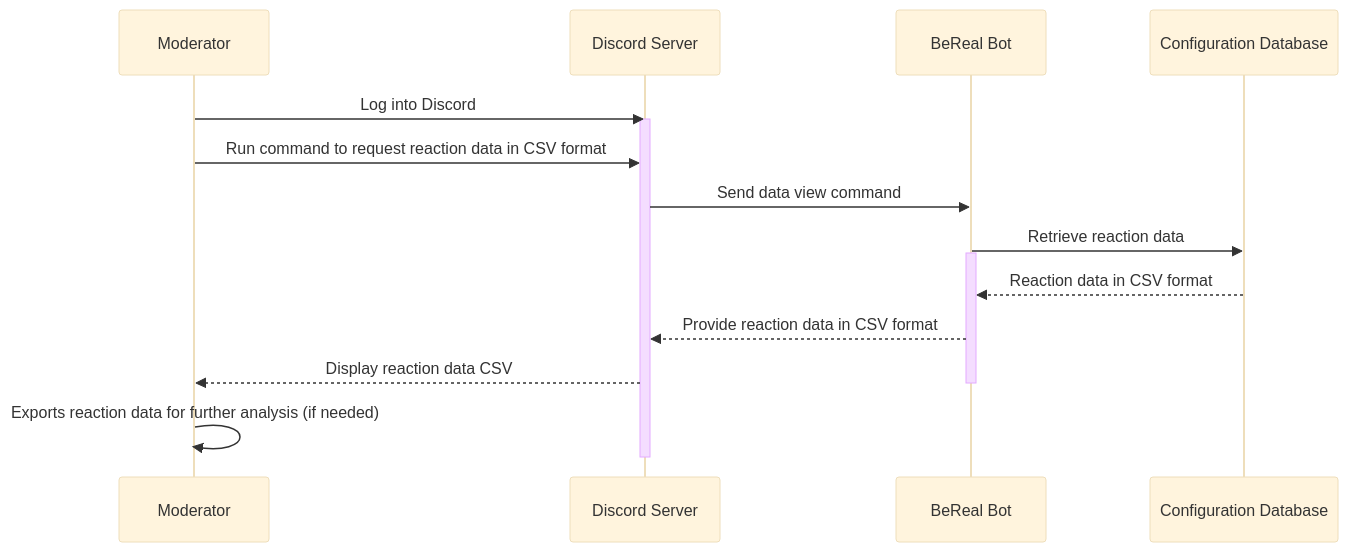
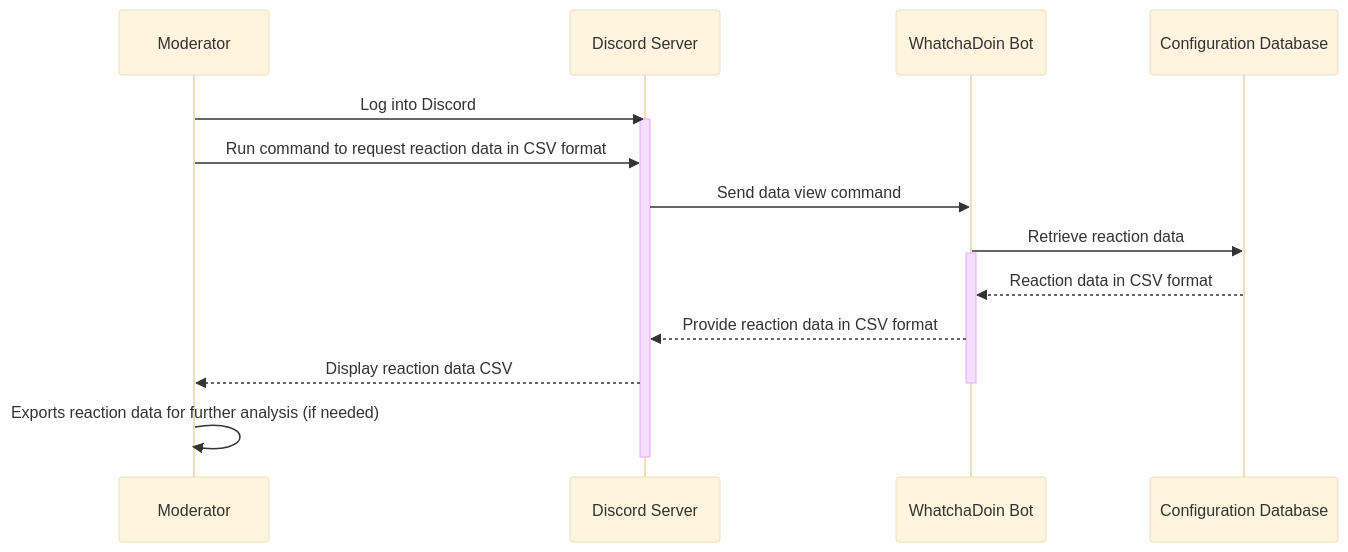
Before and after one commit to Capstone-Projects-2023-Fall/project-bereal-meets-slack: diagram 11 of 11 in documentation/docs/system-architecture/design.md, drawn with Mermaid (base theme). The commit also changed other lines of this file, not shown here.

````diff
--- a/documentation/docs/system-architecture/design.md
+++ b/documentation/docs/system-architecture/design.md
@@ -487,22 +487,22 @@
 ```mermaid
 
 sequenceDiagram
     participant Moderator as Moderator
     participant Discord as Discord Server
-    participant BeRealBot as BeReal Bot
+    participant WhatchaDoinBot as WhatchaDoin Bot
     participant Database as Configuration Database
 
     Moderator ->> Discord: Log into Discord
     activate Discord
     Moderator ->> Discord: Run command to request reaction data in CSV format
-    Discord ->> BeRealBot: Send data view command
-    BeRealBot ->> Database: Retrieve reaction data
-    activate BeRealBot
-    Database -->> BeRealBot: Reaction data in CSV format
-    BeRealBot -->> Discord: Provide reaction data in CSV format
+    Discord ->> WhatchaDoinBot: Send data view command
+    WhatchaDoinBot ->> Database: Retrieve reaction data
+    activate WhatchaDoinBot
+    Database -->> WhatchaDoinBot: Reaction data in CSV format
+    WhatchaDoinBot -->> Discord: Provide reaction data in CSV format
     Discord -->> Moderator: Display reaction data CSV
-    deactivate BeRealBot
+    deactivate WhatchaDoinBot
     Moderator ->> Moderator: Exports reaction data for further analysis (if needed)
     deactivate Discord
 
 ```
````
